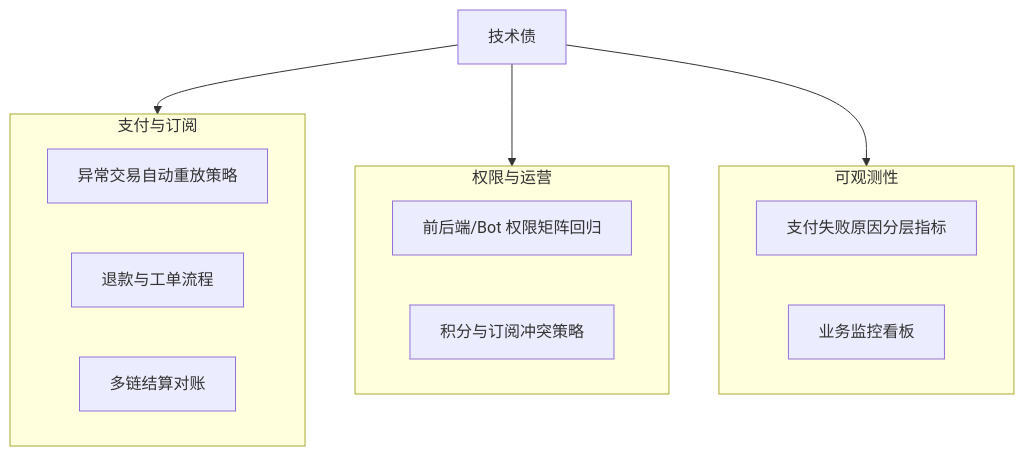
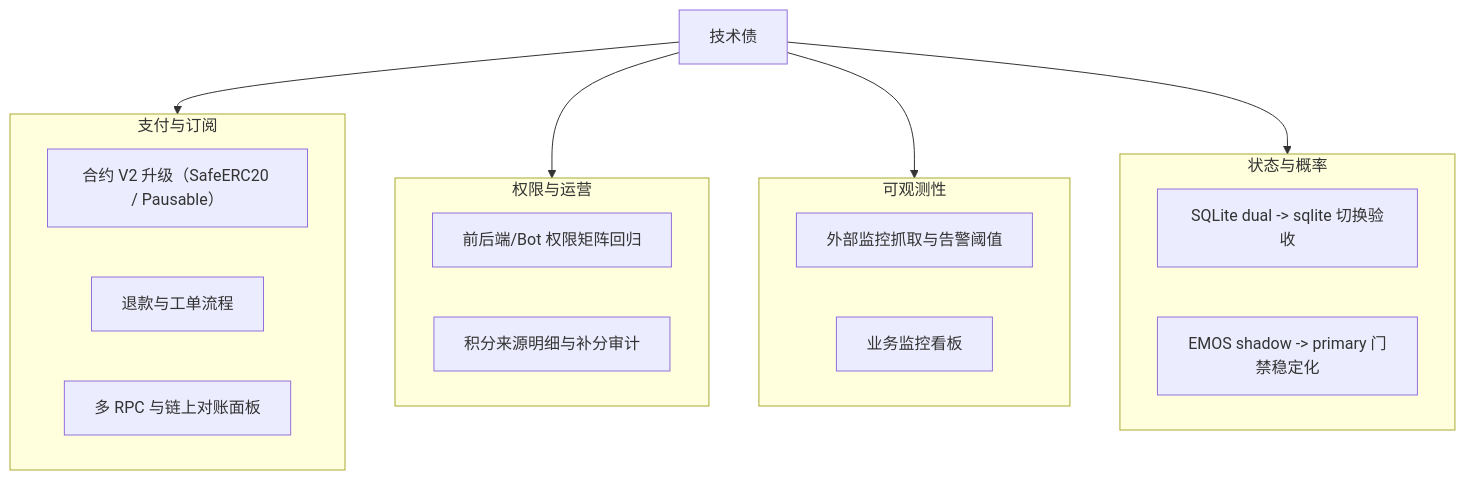
Before and after one commit to ivanmladek/PolyWeather: the diagram in docs/TECH_DEBT_ZH.md, drawn with Mermaid. The commit also changed other lines of this file and 6 other files, not shown here.

````diff
--- a/docs/TECH_DEBT_ZH.md
+++ b/docs/TECH_DEBT_ZH.md
@@ -11,24 +11,30 @@
 ```mermaid
 flowchart TD
     A["技术债"]
 
     subgraph P["支付与订阅"]
-        P1["异常交易自动重放策略"]
+        P1["合约 V2 升级（SafeERC20 / Pausable）"]
         P2["退款与工单流程"]
-        P3["多链结算对账"]
+        P3["多 RPC 与链上对账面板"]
     end
 
     subgraph E["权限与运营"]
         E1["前后端/Bot 权限矩阵回归"]
-        E2["积分与订阅冲突策略"]
+        E2["积分来源明细与补分审计"]
     end
 
     subgraph O["可观测性"]
-        O1["支付失败原因分层指标"]
+        O1["外部监控抓取与告警阈值"]
         O2["业务监控看板"]
+    end
+
+    subgraph S["状态与概率"]
+        S1["SQLite dual -> sqlite 切换验收"]
+        S2["EMOS shadow -> primary 门禁稳定化"]
     end
 
     A --> P
     A --> E
     A --> O
+    A --> S
 ```
````
